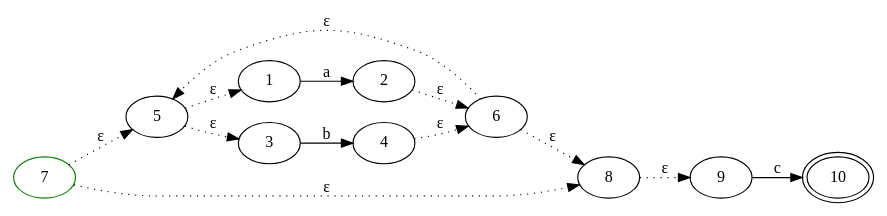
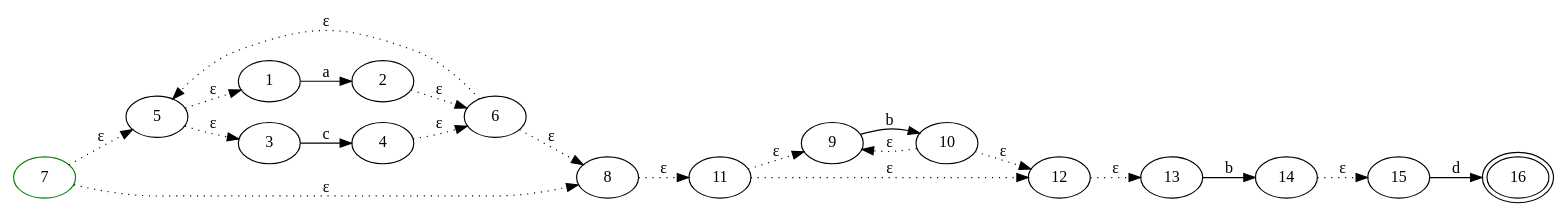
Before and after one commit to JuanZoran/Principle-of-compilation-from-scratch: the first of 3 diagrams in lua_demo/README.md, drawn with Graphviz. The commit also changed other lines of this file and 4 other files, not shown here.

````diff
--- a/lua_demo/README.md
+++ b/lua_demo/README.md
@@ -158,21 +11,29 @@
 ```dot
 // Start State: 7
-// Final State: 10
+// Final State: 16
 digraph {
 rankdir = LR
 7 [color=green]
-10 [peripheries=2]
+16 [peripheries=2]
 1 -> 2 [label="a"]
-3 -> 4 [label="b"]
-9 -> 10 [label="c"]
+3 -> 4 [label="c"]
+9 -> 10 [label="b"]
+13 -> 14 [label="b"]
+15 -> 16 [label="d"]
 2 -> 6 [style=dotted, label="ε"]
 4 -> 6 [style=dotted, label="ε"]
 5 -> 3 [style=dotted, label="ε"]
 5 -> 1 [style=dotted, label="ε"]
 6 -> 8 [style=dotted, label="ε"]
 6 -> 5 [style=dotted, label="ε"]
 7 -> 5 [style=dotted, label="ε"]
 7 -> 8 [style=dotted, label="ε"]
-8 -> 9 [style=dotted, label="ε"]
+8 -> 11 [style=dotted, label="ε"]
+10 -> 12 [style=dotted, label="ε"]
+10 -> 9 [style=dotted, label="ε"]
+11 -> 9 [style=dotted, label="ε"]
+11 -> 12 [style=dotted, label="ε"]
+12 -> 13 [style=dotted, label="ε"]
+14 -> 15 [style=dotted, label="ε"]
 }
 ```
````
